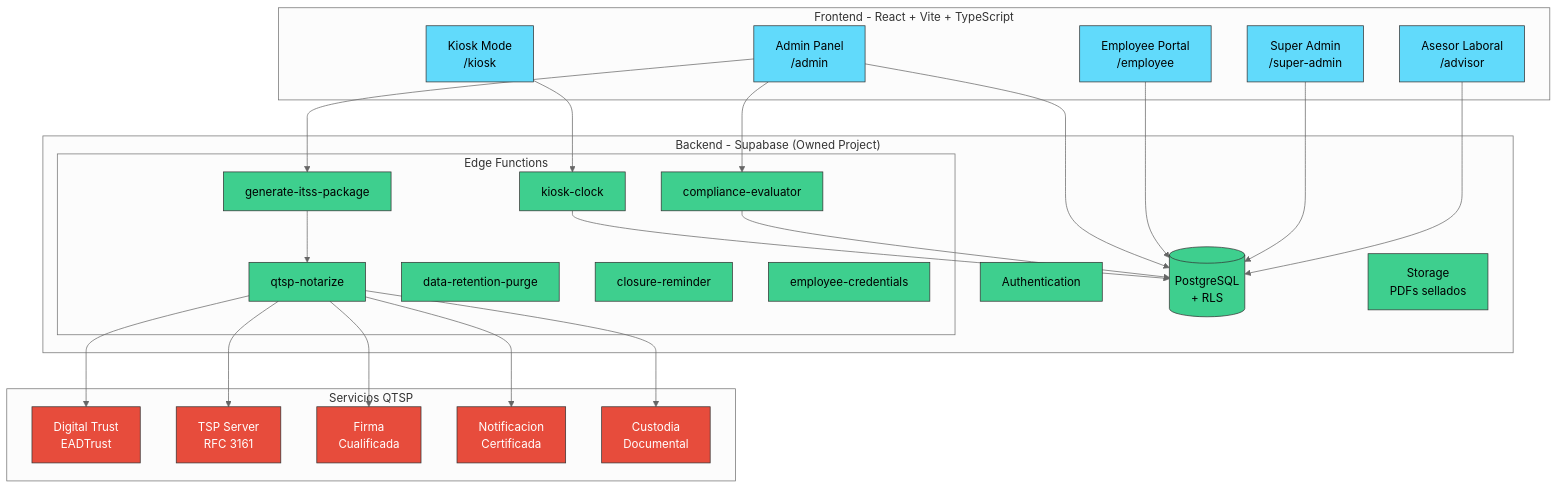
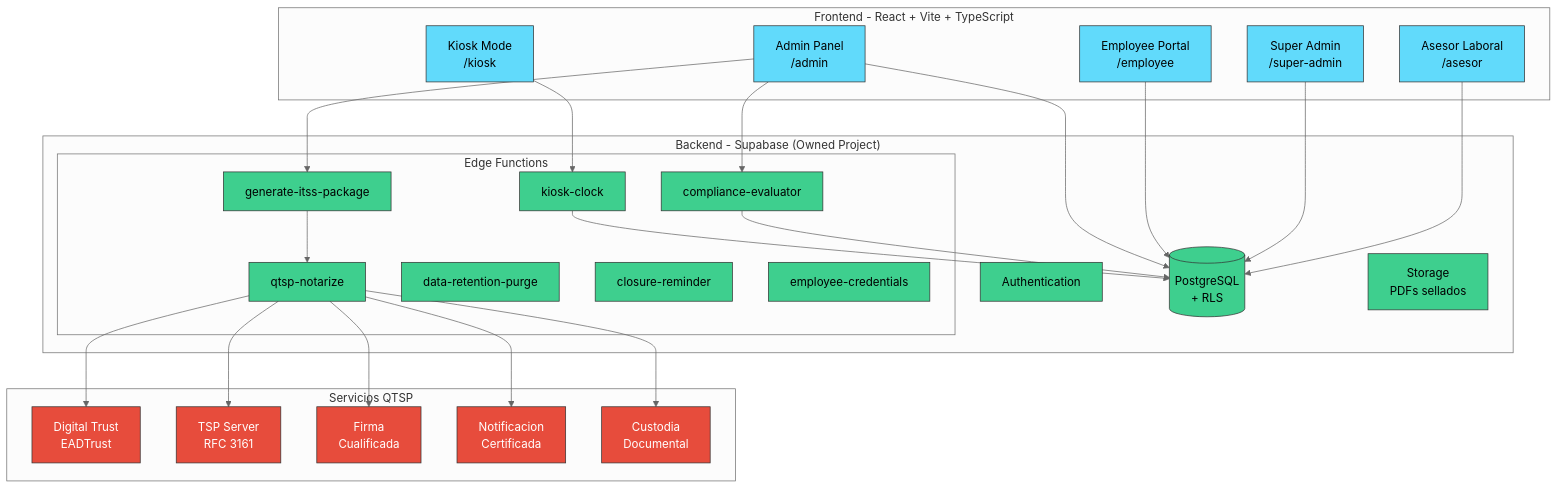
One commit to moimene/time-control-hub changed the first of 27 diagrams in README.md. Above: the diagram before and after it, drawn with Mermaid (neutral theme). The commit also changed other lines of this file and 12 other files, not shown here.

````diff
--- a/README.md
+++ b/README.md
@@ -89,59 +89,59 @@
 ```mermaid
 graph TB
     subgraph "Frontend - React + Vite + TypeScript"
         KIOSK["Kiosk Mode\n/kiosk"]
         ADMIN["Admin Panel\n/admin"]
         EMP["Employee Portal\n/employee"]
         SUPER["Super Admin\n/super-admin"]
-        ADVISOR["Asesor Laboral\n/advisor"]
+        ADVISOR["Asesor Laboral\n/asesor"]
     end
 
     subgraph "Backend - Supabase (Owned Project)"
         AUTH["Authentication"]
         DB[("PostgreSQL\n+ RLS")]
         STORAGE["Storage\nPDFs sellados"]
         
         subgraph "Edge Functions"
             EF1[kiosk-clock]
             EF2[compliance-evaluator]
             EF3[generate-itss-package]
             EF4[qtsp-notarize]
             EF5[data-retention-purge]
             EF6[closure-reminder]
             EF7[employee-credentials]
         end
     end
 
     subgraph "Servicios QTSP"
         DT["Digital Trust\nEADTrust"]
         TSP["TSP Server\nRFC 3161"]
         SIGN["Firma\nCualificada"]
         NOTIFY["Notificacion\nCertificada"]
         CUSTODY["Custodia\nDocumental"]
     end
 
     KIOSK --> EF1
     ADMIN --> DB
     ADMIN --> EF2
     ADMIN --> EF3
     EMP --> DB
     SUPER --> DB
     ADVISOR --> DB
     
     EF1 --> DB
     EF2 --> DB
     EF3 --> EF4
     EF4 --> DT
     EF4 --> TSP
     EF4 --> SIGN
     EF4 --> NOTIFY
     EF4 --> CUSTODY
 
     classDef frontend fill:#61dafb,stroke:#333,color:#000
     classDef backend fill:#3ecf8e,stroke:#333,color:#000
     classDef qtsp fill:#e74c3c,stroke:#333,color:#fff
     
     class KIOSK,ADMIN,EMP,SUPER,ADVISOR frontend
     class AUTH,DB,STORAGE,EF1,EF2,EF3,EF4,EF5,EF6,EF7 backend
     class DT,TSP,SIGN,NOTIFY,CUSTODY qtsp
 ```
````
